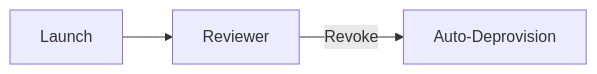
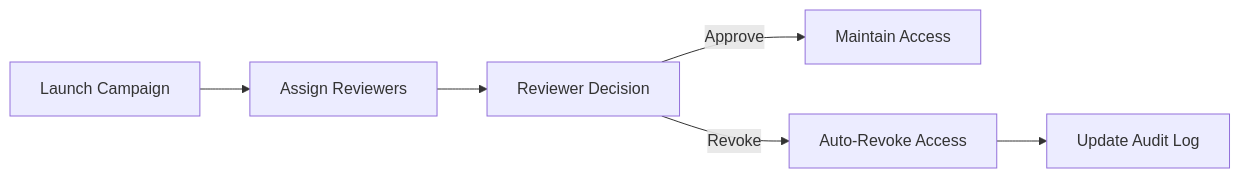
One commit to Devopstrio/identity-governance-framework changed the fifth of 30 diagrams in README.md. Above: the diagram before and after it, drawn with Mermaid. The commit also changed other lines of this file, not shown here.

Commit message:
docs: finalize premium institutional-grade README with 30+ diagrams and executive summary

````diff
--- a/README.md
+++ b/README.md
@@ -57,5 +138,8 @@
 ```mermaid
 graph LR
-    Start[Launch] --> Review[Reviewer]
-    Review -->|Revoke| Auto[Auto-Deprovision]
+    Start[Launch Campaign] --> Assign[Assign Reviewers]
+    Assign --> Review[Reviewer Decision]
+    Review -->|Approve| Keep[Maintain Access]
+    Review -->|Revoke| Deprovision[Auto-Revoke Access]
+    Deprovision --> Audit[Update Audit Log]
 ```
````
